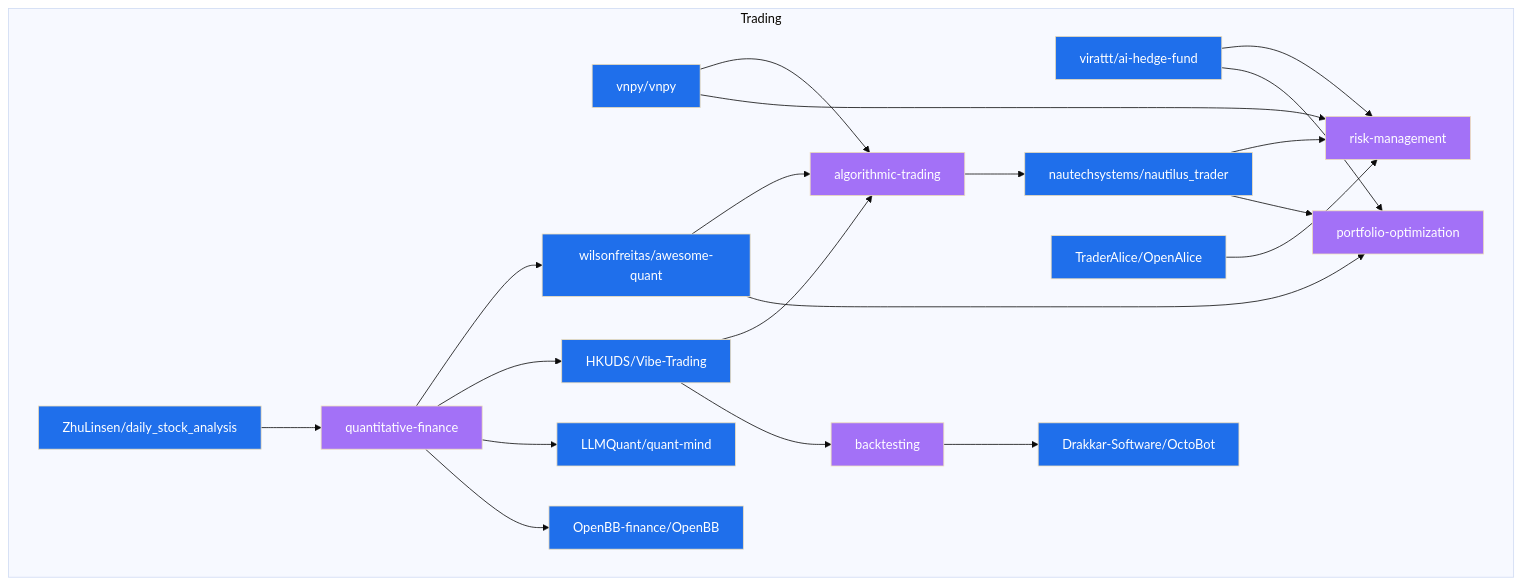
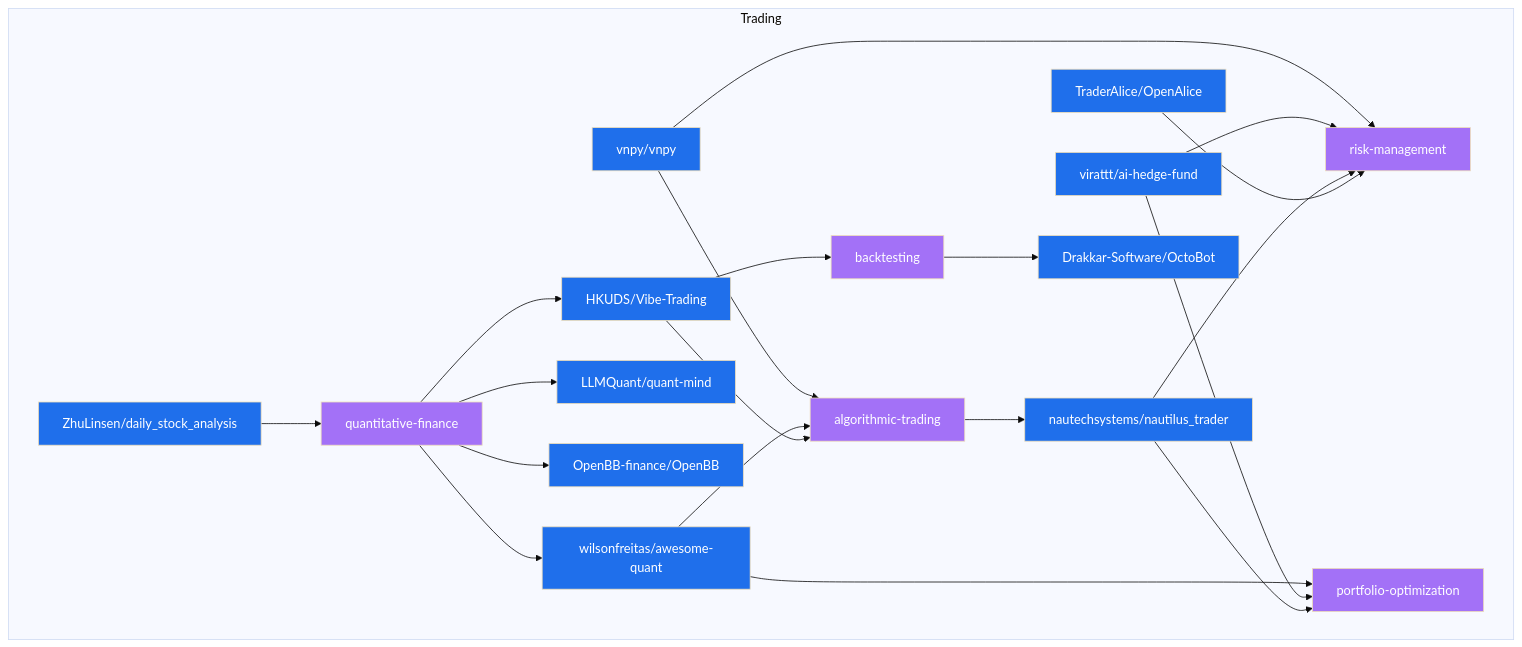
One commit to Meru143/star-graph changed the diagram in data/star_graph_trading.mermaid. Above: the diagram before and after it, drawn with Mermaid (base theme). The commit also changed other lines of this file and 15 other files, not shown here.

```diff
--- a/data/star_graph_trading.mermaid
+++ b/data/star_graph_trading.mermaid
@@ -1,41 +1,41 @@
 graph TD
   subgraph trading ["Trading"]
+    TraderAlice_OpenAlice["TraderAlice/OpenAlice"]:::repo
+    quantitative_finance["quantitative-finance"]:::topic
+    wilsonfreitas_awesome_quant["wilsonfreitas/awesome-quant"]:::repo
+    algorithmic_trading["algorithmic-trading"]:::topic
+    virattt_ai_hedge_fund["virattt/ai-hedge-fund"]:::repo
+    portfolio_optimization["portfolio-optimization"]:::topic
+    backtesting["backtesting"]:::topic
+    nautechsystems_nautilus_trader["nautechsystems/nautilus_trader"]:::repo
+    Drakkar_Software_OctoBot["Drakkar-Software/OctoBot"]:::repo
     vnpy_vnpy["vnpy/vnpy"]:::repo
-    quantitative_finance["quantitative-finance"]:::topic
-    backtesting["backtesting"]:::topic
-    portfolio_optimization["portfolio-optimization"]:::topic
-    virattt_ai_hedge_fund["virattt/ai-hedge-fund"]:::repo
     OpenBB_finance_OpenBB["OpenBB-finance/OpenBB"]:::repo
+    LLMQuant_quant_mind["LLMQuant/quant-mind"]:::repo
+    HKUDS_Vibe_Trading["HKUDS/Vibe-Trading"]:::repo
+    risk_management["risk-management"]:::topic
     ZhuLinsen_daily_stock_analysis["ZhuLinsen/daily_stock_analysis"]:::repo
-    nautechsystems_nautilus_trader["nautechsystems/nautilus_trader"]:::repo
-    TraderAlice_OpenAlice["TraderAlice/OpenAlice"]:::repo
-    algorithmic_trading["algorithmic-trading"]:::topic
-    Drakkar_Software_OctoBot["Drakkar-Software/OctoBot"]:::repo
-    HKUDS_Vibe_Trading["HKUDS/Vibe-Trading"]:::repo
-    LLMQuant_quant_mind["LLMQuant/quant-mind"]:::repo
-    risk_management["risk-management"]:::topic
-    wilsonfreitas_awesome_quant["wilsonfreitas/awesome-quant"]:::repo
   end
   ZhuLinsen_daily_stock_analysis --> quantitative_finance
   quantitative_finance --> wilsonfreitas_awesome_quant
   quantitative_finance --> HKUDS_Vibe_Trading
   quantitative_finance --> LLMQuant_quant_mind
   quantitative_finance --> OpenBB_finance_OpenBB
   vnpy_vnpy --> algorithmic_trading
   vnpy_vnpy --> risk_management
   wilsonfreitas_awesome_quant --> algorithmic_trading
   wilsonfreitas_awesome_quant --> portfolio_optimization
   virattt_ai_hedge_fund --> risk_management
   virattt_ai_hedge_fund --> portfolio_optimization
   HKUDS_Vibe_Trading --> algorithmic_trading
   HKUDS_Vibe_Trading --> backtesting
   algorithmic_trading --> nautechsystems_nautilus_trader
   backtesting --> Drakkar_Software_OctoBot
   nautechsystems_nautilus_trader --> risk_management
   nautechsystems_nautilus_trader --> portfolio_optimization
   TraderAlice_OpenAlice --> risk_management
   classDef repo fill:#1f6feb,color:#fff;
   classDef topic fill:#a371f7,color:#fff;
   classDef technology fill:#3fb950,color:#fff;
   classDef use_case fill:#d29922,color:#fff;
   classDef architecture fill:#f85149,color:#fff;
```
